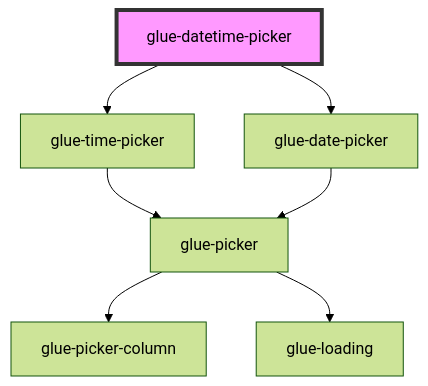
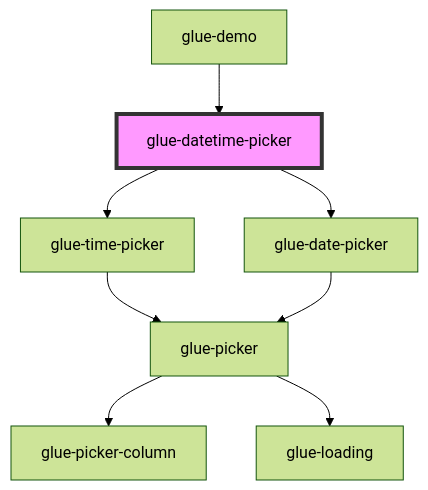
One commit to grasilife/glue changed the diagram in packages/glue-components/src/components/glue-datetime-picker/readme.md. Above: the diagram before and after it, drawn with Mermaid (forest theme). The commit also changed other lines of this file and 10 other files, not shown here.

````diff
--- a/packages/glue-components/src/components/glue-datetime-picker/readme.md
+++ b/packages/glue-components/src/components/glue-datetime-picker/readme.md
@@ -43,10 +47,11 @@
 ```mermaid
 graph TD;
   glue-datetime-picker --> glue-time-picker
   glue-datetime-picker --> glue-date-picker
   glue-time-picker --> glue-picker
   glue-picker --> glue-picker-column
   glue-picker --> glue-loading
   glue-date-picker --> glue-picker
+  glue-demo --> glue-datetime-picker
   style glue-datetime-picker fill:#f9f,stroke:#333,stroke-width:4px
 ```
````
